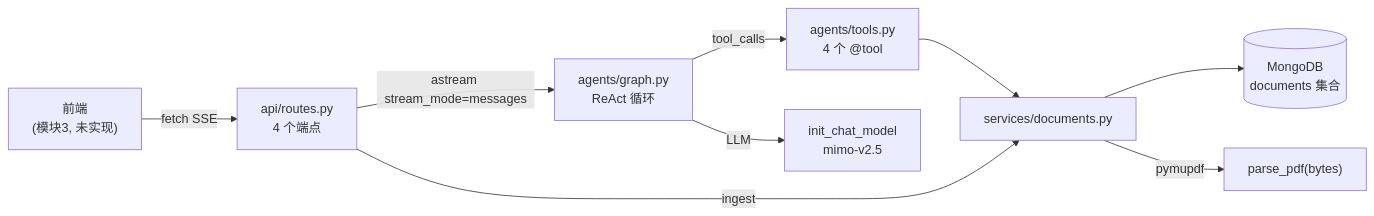
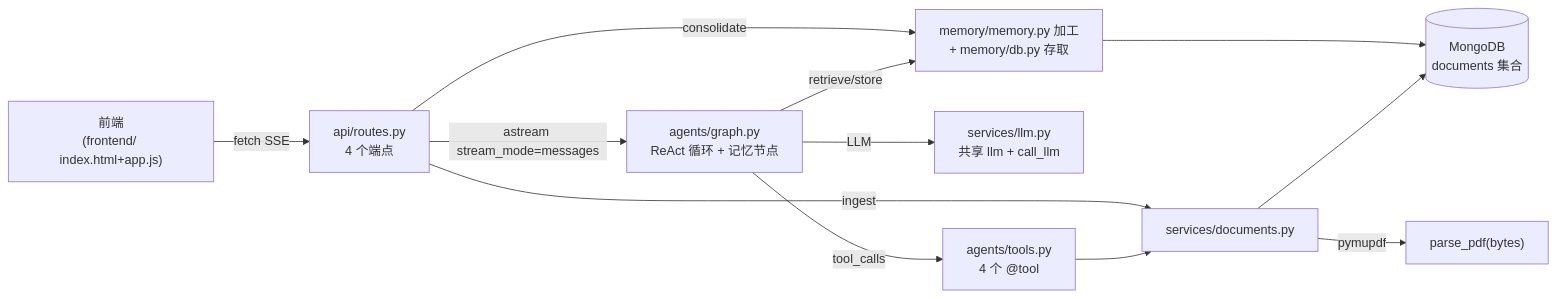
One commit to 00-DS/Agentic-Search changed the diagram in AGENTS.md. Above: the diagram before and after it, drawn with Mermaid. The commit also changed other lines of this file and 1 other file, not shown here.

Commit message:
docs: .env.example 字段名对齐 MONGO_URL；AGENTS.md 刷新至模块 4 落地态（架构图/目录/端点/陷阱/依赖）

````diff
--- a/AGENTS.md
+++ b/AGENTS.md
@@ -9,11 +7,14 @@
 ```mermaid
 graph LR
-  Browser["前端<br/>(模块3, 未实现)"] -->|fetch SSE| API["api/routes.py<br/>4 个端点"]
-  API -->|astream stream_mode=messages| Graph["agents/graph.py<br/>ReAct 循环"]
+  Browser["前端<br/>(frontend/ index.html+app.js)"] -->|fetch SSE| API["api/routes.py<br/>4 个端点"]
+  API -->|astream stream_mode=messages| Graph["agents/graph.py<br/>ReAct 循环 + 记忆节点"]
   Graph -->|tool_calls| Tools["agents/tools.py<br/>4 个 @tool"]
-  Graph -->|LLM| LLM["init_chat_model<br/>mimo-v2.5"]
+  Graph -->|LLM| LLM["services/llm.py<br/>共享 llm + call_llm"]
   Tools --> Services["services/documents.py"]
   API -->|ingest| Services
   Services --> Mongo[("MongoDB<br/>documents 集合")]
+  Graph -->|retrieve/store| Memory["memory/memory.py 加工<br/>+ memory/db.py 存取"]
+  API -->|consolidate| Memory
+  Memory --> Mongo
   Services -->|pymupdf| Parse["parse_pdf(bytes)"]
 ```
````
